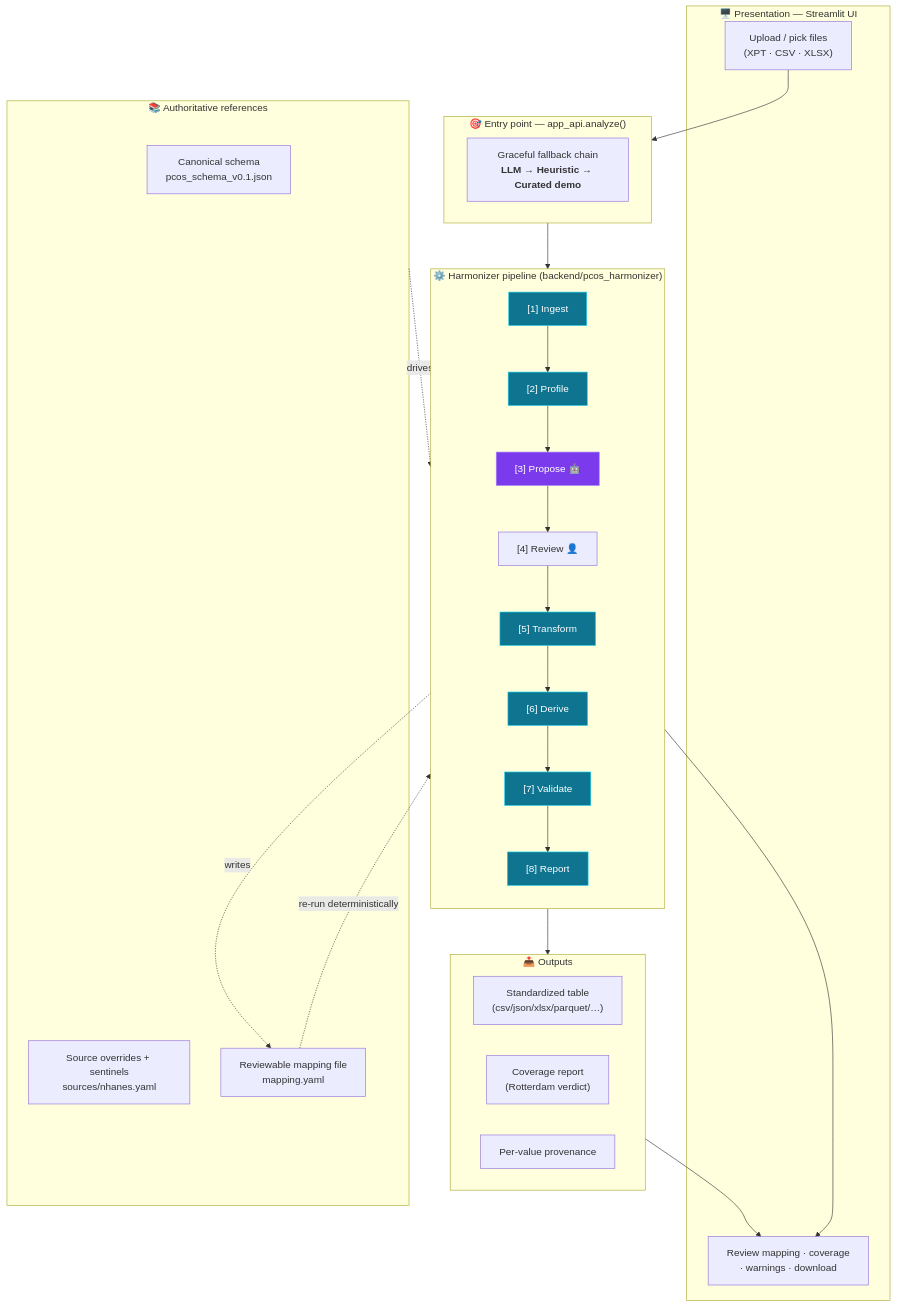
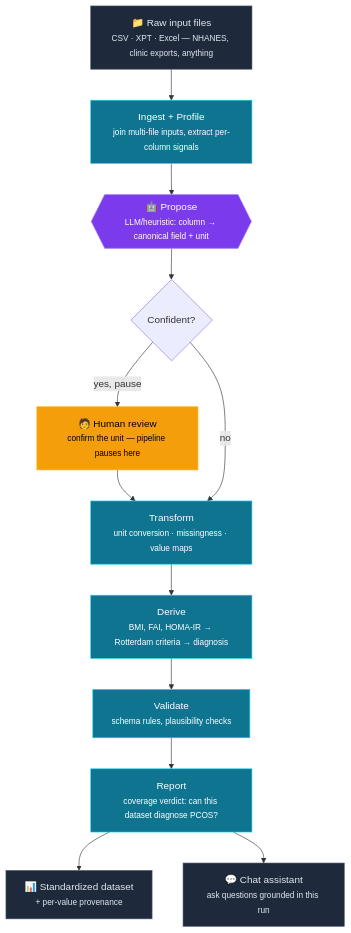
One commit to raj7vasani/HackNation6 changed the diagram in docs/diagrams/architecture.md. Above: the diagram before and after it, drawn with Mermaid. The commit also changed other lines of this file and 1 other file, not shown here.

First line of the commit message:
Simplify architecture diagram to one submission-ready flowchart + add pitch script

````diff
--- a/docs/diagrams/architecture.md
+++ b/docs/diagrams/architecture.md
@@ -14,49 +5,30 @@
 ```mermaid
-flowchart TB
-    subgraph UI["🖥️  Presentation — Streamlit UI"]
-        UP["Upload / pick files<br/>(XPT · CSV · XLSX)"]
-        REV["Review mapping · coverage<br/>· warnings · download"]
-    end
+flowchart TD
+    IN["📁 Raw input files<br/><small>CSV · XPT · Excel — NHANES, clinic exports, anything</small>"]
+    ING["Ingest + Profile<br/><small>join multi-file inputs, extract per-column signals</small>"]
+    PROP{{"🤖 Propose<br/><small>LLM/heuristic: column → canonical field + unit</small>"}}
+    STUCK{"Confident?"}
+    REVIEW["🧑 Human review<br/><small>confirm the unit — pipeline pauses here</small>"]
+    TRANSFORM["Transform<br/><small>unit conversion · missingness · value maps</small>"]
+    DERIVE["Derive<br/><small>BMI, FAI, HOMA-IR → Rotterdam criteria → diagnosis</small>"]
+    VALIDATE["Validate<br/><small>schema rules, plausibility checks</small>"]
+    REPORT["Report<br/><small>coverage verdict: can this dataset diagnose PCOS?</small>"]
+    OUT["📊 Standardized dataset<br/><small>+ per-value provenance</small>"]
+    CHAT["💬 Chat assistant<br/><small>ask questions grounded in this run</small>"]
 
-    subgraph API["🎯  Entry point — app_api.analyze()"]
-        FB["Graceful fallback chain<br/><b>LLM → Heuristic → Curated demo</b>"]
-    end
-
-    subgraph CORE["⚙️  Harmonizer pipeline (backend/pcos_harmonizer)"]
-        direction TB
-        P1["[1] Ingest"]
-        P2["[2] Profile"]
-        P3["[3] Propose 🤖"]
-        P4["[4] Review 👤"]
-        P5["[5] Transform"]
-        P6["[6] Derive"]
-        P7["[7] Validate"]
-        P8["[8] Report"]
-        P1 --> P2 --> P3 --> P4 --> P5 --> P6 --> P7 --> P8
-    end
-
-    subgraph REF["📚  Authoritative references"]
-        SCHEMA["Canonical schema<br/>pcos_schema_v0.1.json"]
-        SRC["Source overrides + sentinels<br/>sources/nhanes.yaml"]
-        MAP["Reviewable mapping file<br/>mapping.yaml"]
-    end
-
-    subgraph OUT["📤  Outputs"]
-        TBL["Standardized table<br/>(csv/json/xlsx/parquet/…)"]
-        COV["Coverage report<br/>(Rotterdam verdict)"]
-        PROV["Per-value provenance"]
-    end
-
-    UP --> API --> CORE
-    CORE --> REV
-    REF -. drives .-> CORE
-    P3 -. writes .-> MAP
-    MAP -. re-run deterministically .-> P5
-    P8 --> OUT
-    OUT --> REV
+    IN --> ING --> PROP --> STUCK
+    STUCK -- "yes, pause" --> REVIEW --> TRANSFORM
+    STUCK -- "no" --> TRANSFORM
+    TRANSFORM --> DERIVE --> VALIDATE --> REPORT
+    REPORT --> OUT
+    REPORT --> CHAT
 
     classDef llm fill:#7c3aed,stroke:#a78bfa,color:#fff;
+    classDef human fill:#f59e0b,stroke:#fbbf24,color:#000;
     classDef det fill:#0e7490,stroke:#22d3ee,color:#fff;
-    class P3 llm;
-    class P1,P2,P5,P6,P7,P8 det;
+    classDef out fill:#1e293b,stroke:#475569,color:#e2e8f0;
+    class PROP llm;
+    class REVIEW human;
+    class ING,TRANSFORM,DERIVE,VALIDATE,REPORT det;
+    class IN,OUT,CHAT out;
 ```
````
